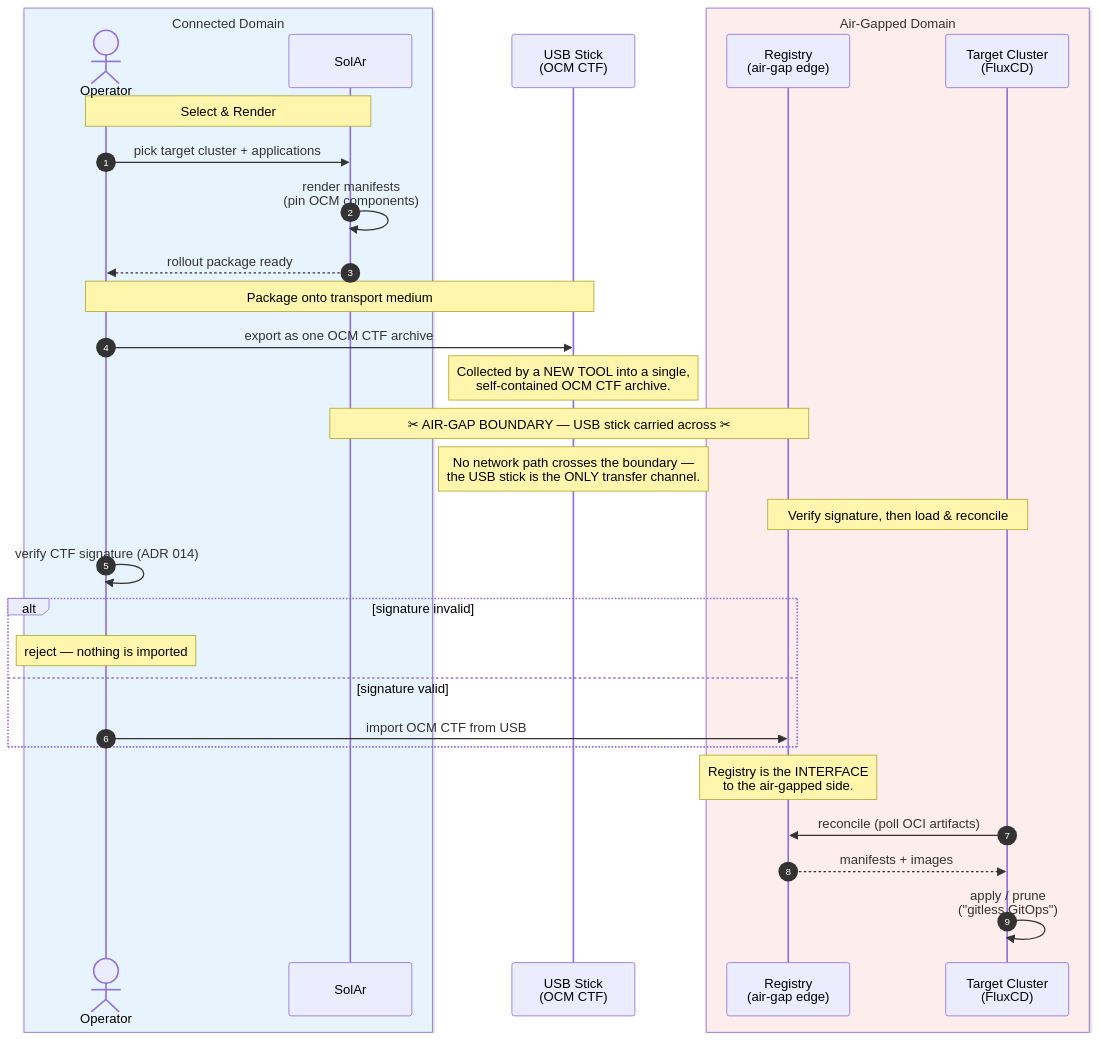
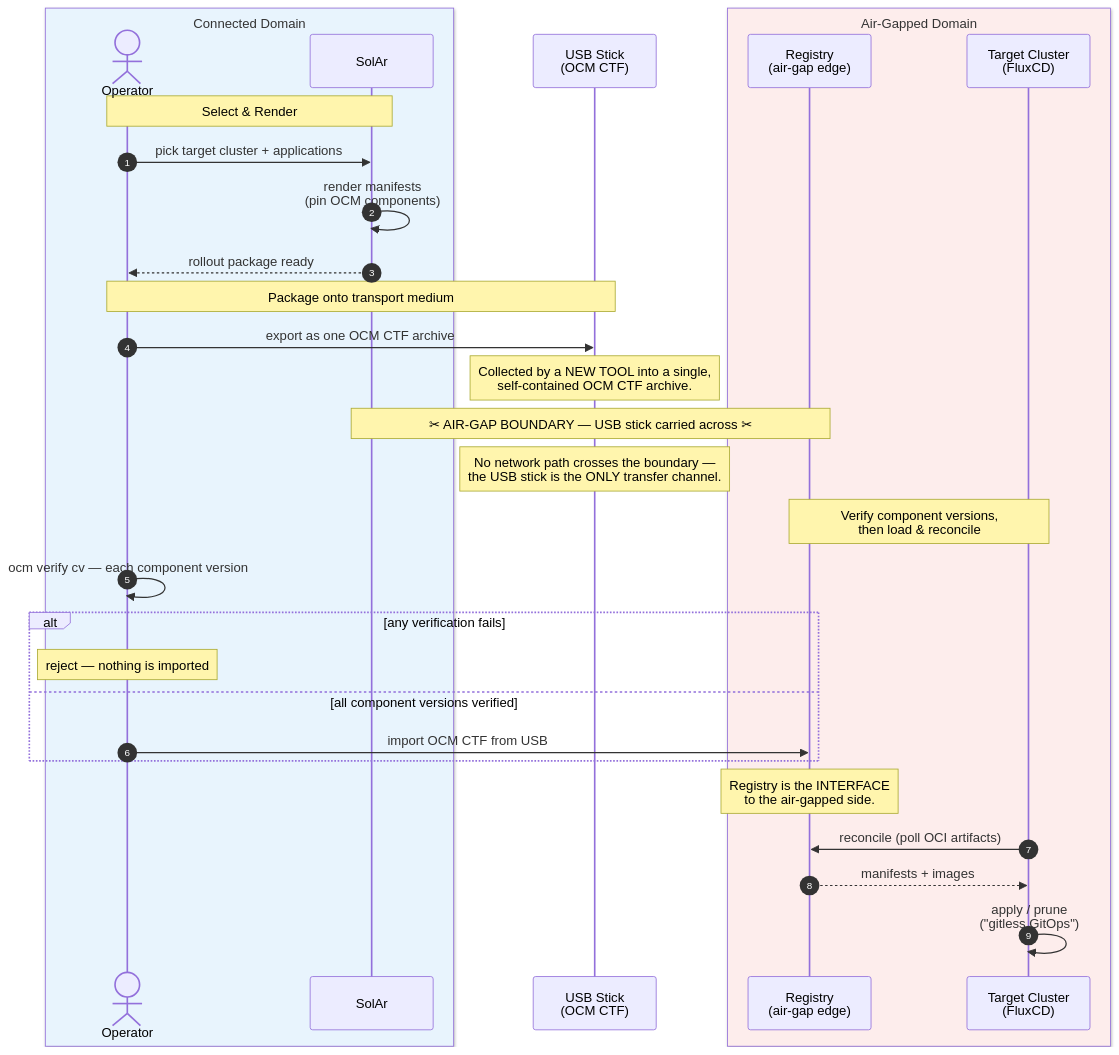
One commit to opendefensecloud/solution-arsenal changed the second of 2 diagrams in docs/developer-guide/adrs/016-airgapped-catalog-chaining.md. Above: the diagram before and after it, drawn with Mermaid. The commit also changed other lines of this file and 2 other files, not shown here.

Commit message:
docs(adr-016): signing model corrected

````diff
--- a/docs/developer-guide/adrs/016-airgapped-catalog-chaining.md
+++ b/docs/developer-guide/adrs/016-airgapped-catalog-chaining.md
@@ -191,40 +194,40 @@
 ```mermaid
 sequenceDiagram
     autonumber
 
     box rgb(232,244,253) Connected Domain
         actor User as Operator
         participant SolAr as SolAr
     end
 
     participant USB as USB Stick<br/>(OCM CTF)
 
     box rgb(253,237,236) Air-Gapped Domain
         participant Reg as Registry<br/>(air-gap edge)
         participant Cluster as Target Cluster<br/>(FluxCD)
     end
 
     Note over User,SolAr: Select & Render
     User->>SolAr: pick target cluster + applications
     SolAr->>SolAr: render manifests<br/>(pin OCM components)
     SolAr-->>User: rollout package ready
 
     Note over User,USB: Package onto transport medium
     User->>USB: export as one OCM CTF archive
     Note over USB: Collected by a NEW TOOL into a single,<br/>self-contained OCM CTF archive.
 
     Note over SolAr,Reg: ✂ AIR-GAP BOUNDARY — USB stick carried across ✂
     Note over USB: No network path crosses the boundary —<br/>the USB stick is the ONLY transfer channel.
 
-    Note over Reg,Cluster: Verify signature, then load & reconcile
-    User->>User: verify CTF signature (ADR 014)
-    alt signature invalid
+    Note over Reg,Cluster: Verify component versions,<br/>then load & reconcile
+    User->>User: ocm verify cv — each component version
+    alt any verification fails
         Note over User: reject — nothing is imported
-    else signature valid
+    else all component versions verified
         User->>Reg: import OCM CTF from USB
     end
     Note over Reg: Registry is the INTERFACE<br/>to the air-gapped side.
     Cluster->>Reg: reconcile (poll OCI artifacts)
     Reg-->>Cluster: manifests + images
     Cluster->>Cluster: apply / prune<br/>("gitless GitOps")
 ```
````
